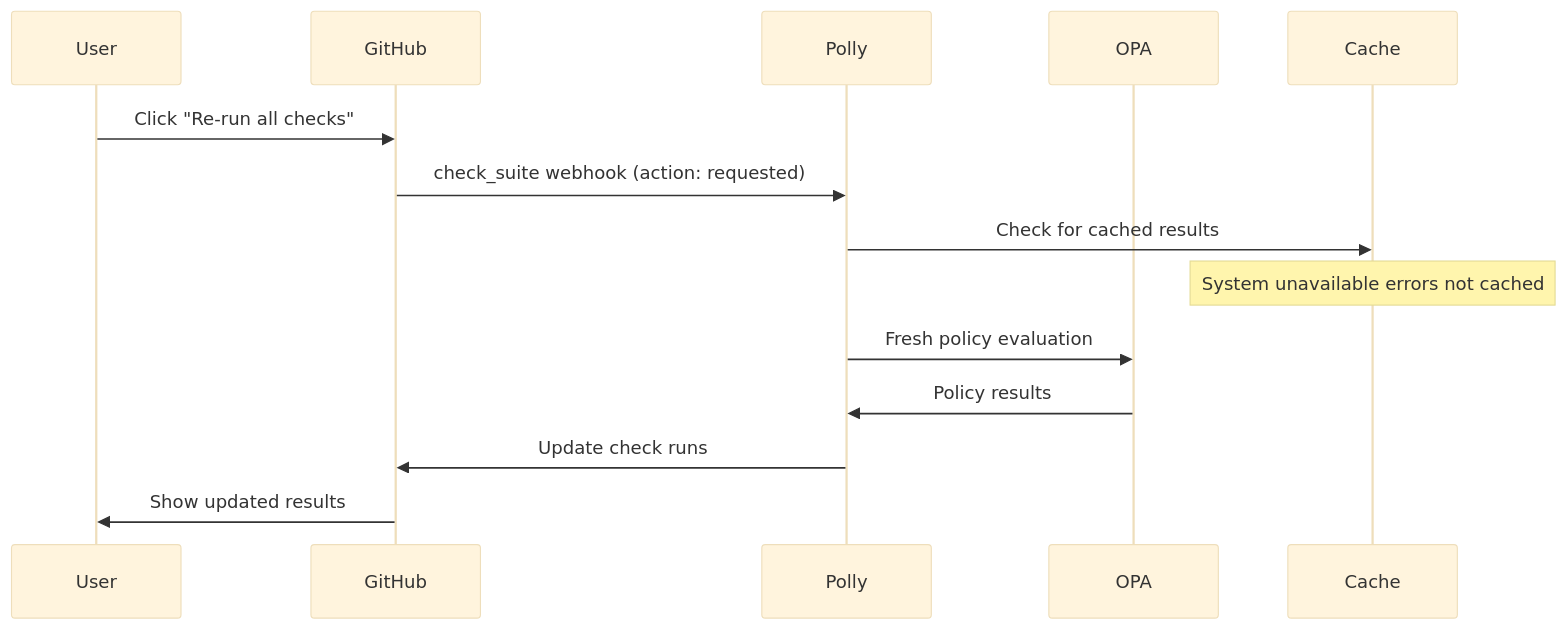
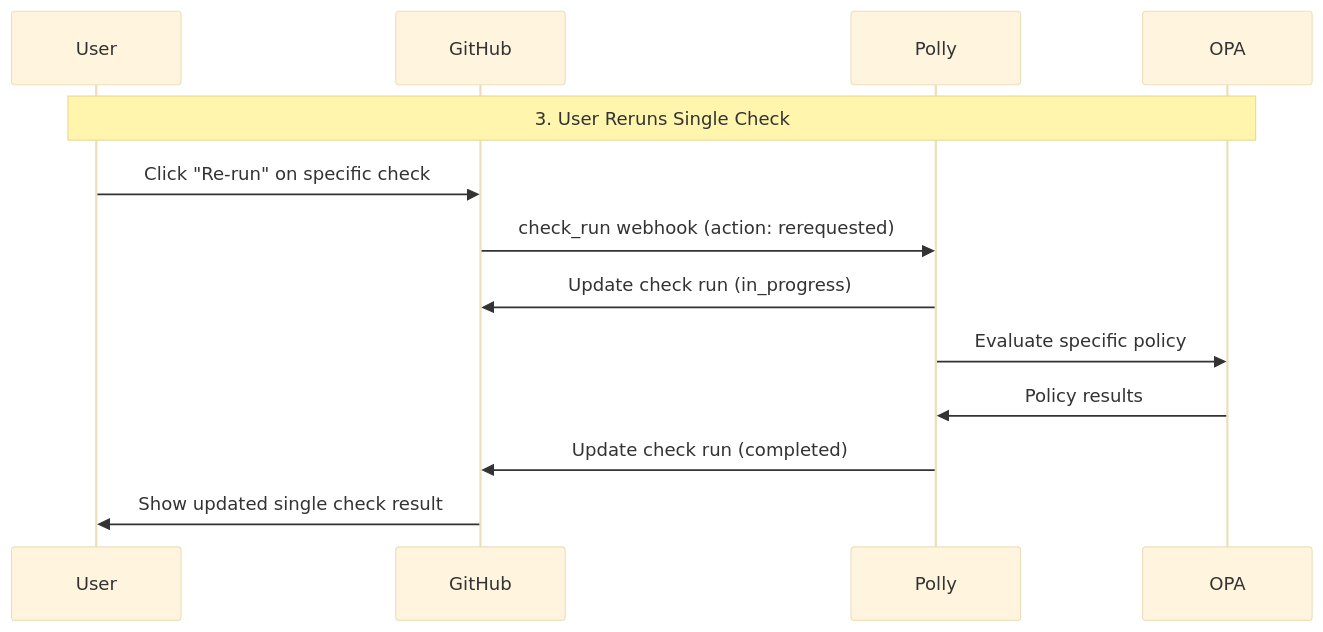
The third of 4 diagrams in docs/CHECK-SUITE-WEBHOOK-IMPLEMENTATION.md (terrpan/polly), drawn with Mermaid (base theme) before and after one commit. The commit also changed other lines of this file and 26 other files, not shown here.

First line of the commit message:
Add CheckSuiteWebhookHandler and related tests

````diff
--- a/docs/CHECK-SUITE-WEBHOOK-IMPLEMENTATION.md
+++ b/docs/CHECK-SUITE-WEBHOOK-IMPLEMENTATION.md
@@ -59,17 +140,18 @@
 ```mermaid
 sequenceDiagram
     participant User
     participant GitHub
     participant Polly
     participant OPA
-    participant Cache
 
-    User->>GitHub: Click "Re-run all checks"
-    GitHub->>Polly: check_suite webhook (action: requested)
-    Polly->>Cache: Check for cached results
-    Note over Cache: System unavailable errors not cached
-    Polly->>OPA: Fresh policy evaluation
+    Note over User,OPA: 3. User Reruns Single Check
+    User->>GitHub: Click "Re-run" on specific check
+    GitHub->>Polly: check_run webhook (action: rerequested)
+
+    Polly->>GitHub: Update check run (in_progress)
+    Polly->>OPA: Evaluate specific policy
     OPA->>Polly: Policy results
-    Polly->>GitHub: Update check runs
-    GitHub->>User: Show updated results
+    Polly->>GitHub: Update check run (completed)
+
+    GitHub->>User: Show updated single check result
 ```
````
